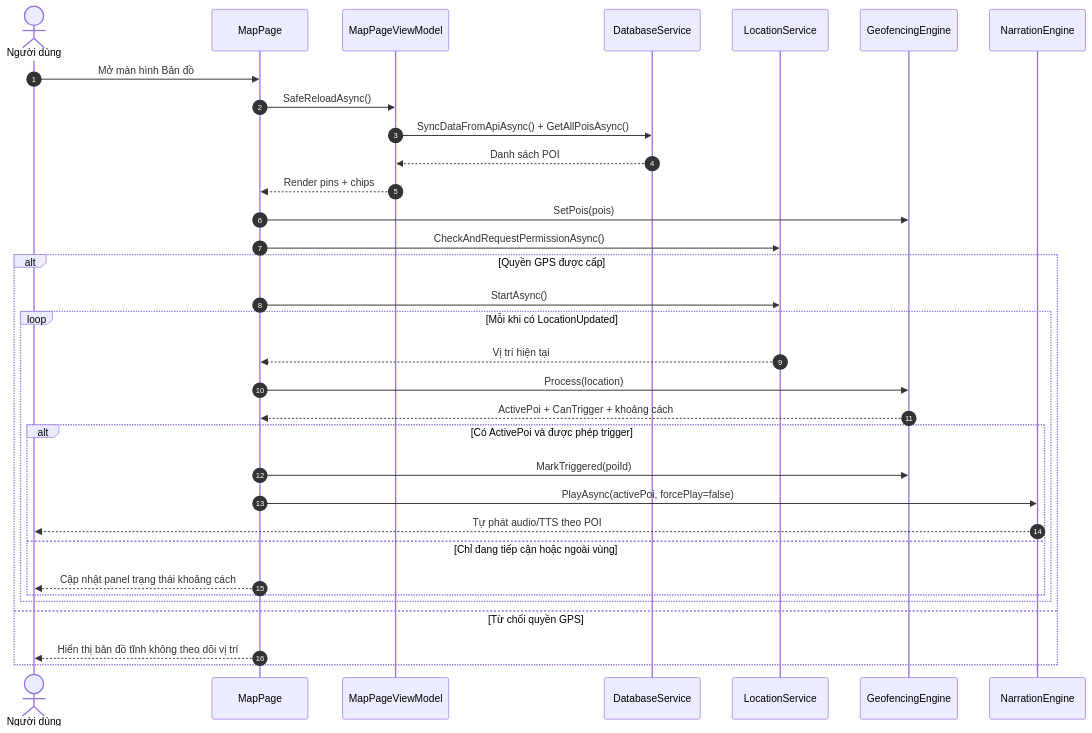
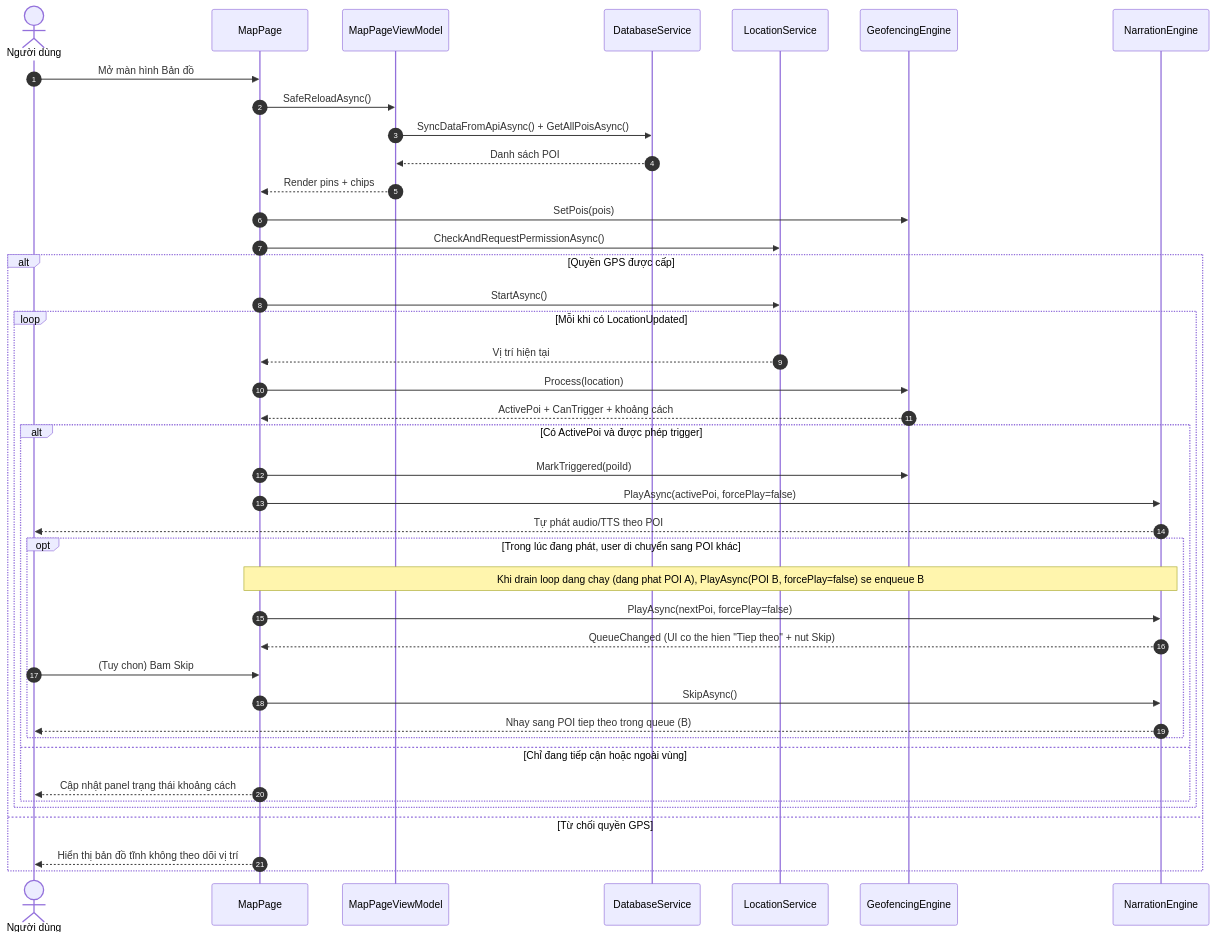
One commit to Dungnguyen-dev0304/ThaoCamVien changed the diagram in AppThaoCamVien/Docs/sequence-diagrams/_mmd/09-app-map-geofence-narration-flow.mmd. Above: the diagram before and after it, drawn with Mermaid. The commit also changed 32 other files, not shown here.

```diff
--- a/AppThaoCamVien/Docs/sequence-diagrams/_mmd/09-app-map-geofence-narration-flow.mmd
+++ b/AppThaoCamVien/Docs/sequence-diagrams/_mmd/09-app-map-geofence-narration-flow.mmd
@@ -1,35 +1,43 @@
 sequenceDiagram
     autonumber
     actor U as Người dùng
     participant Map as MapPage
     participant VM as MapPageViewModel
     participant DB as DatabaseService
     participant GPS as LocationService
     participant Geo as GeofencingEngine
     participant Nar as NarrationEngine
 
     U->>Map: Mở màn hình Bản đồ
     Map->>VM: SafeReloadAsync()
     VM->>DB: SyncDataFromApiAsync() + GetAllPoisAsync()
     DB-->>VM: Danh sách POI
     VM-->>Map: Render pins + chips
     Map->>Geo: SetPois(pois)
 
     Map->>GPS: CheckAndRequestPermissionAsync()
     alt Quyền GPS được cấp
         Map->>GPS: StartAsync()
         loop Mỗi khi có LocationUpdated
             GPS-->>Map: Vị trí hiện tại
             Map->>Geo: Process(location)
             Geo-->>Map: ActivePoi + CanTrigger + khoảng cách
             alt Có ActivePoi và được phép trigger
                 Map->>Geo: MarkTriggered(poiId)
                 Map->>Nar: PlayAsync(activePoi, forcePlay=false)
                 Nar-->>U: Tự phát audio/TTS theo POI
+                opt Trong lúc đang phát, user di chuyển sang POI khác
+                    Note over Map,Nar: Khi drain loop dang chay (dang phat POI A), PlayAsync(POI B, forcePlay=false) se enqueue B
+                    Map->>Nar: PlayAsync(nextPoi, forcePlay=false)
+                    Nar-->>Map: QueueChanged (UI co the hien "Tiep theo" + nut Skip)
+                    U->>Map: (Tuy chon) Bam Skip
+                    Map->>Nar: SkipAsync()
+                    Nar-->>U: Nhay sang POI tiep theo trong queue (B)
+                end
             else Chỉ đang tiếp cận hoặc ngoài vùng
                 Map-->>U: Cập nhật panel trạng thái khoảng cách
             end
         end
     else Từ chối quyền GPS
         Map-->>U: Hiển thị bản đồ tĩnh không theo dõi vị trí
     end
```
